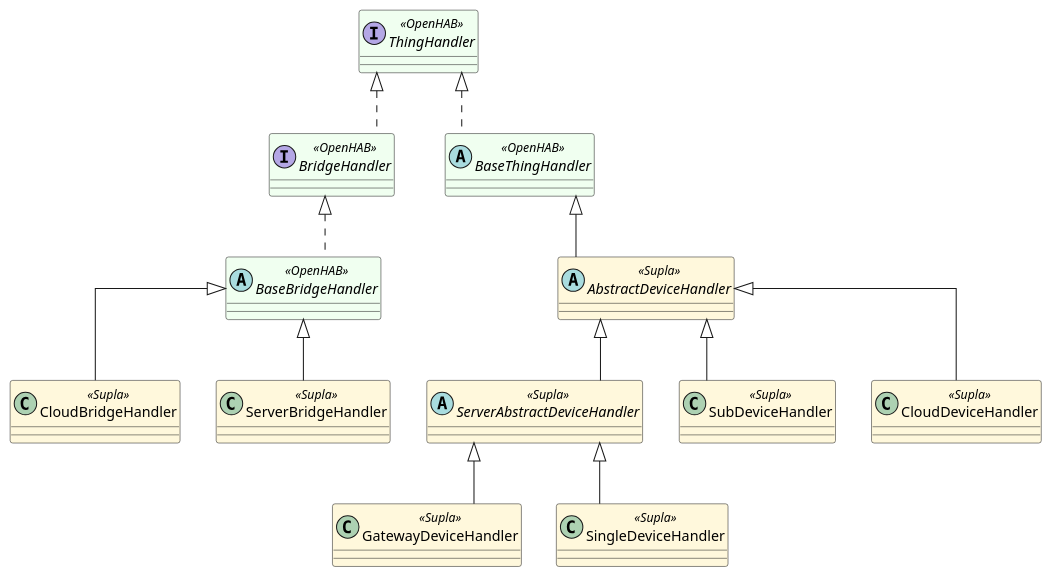
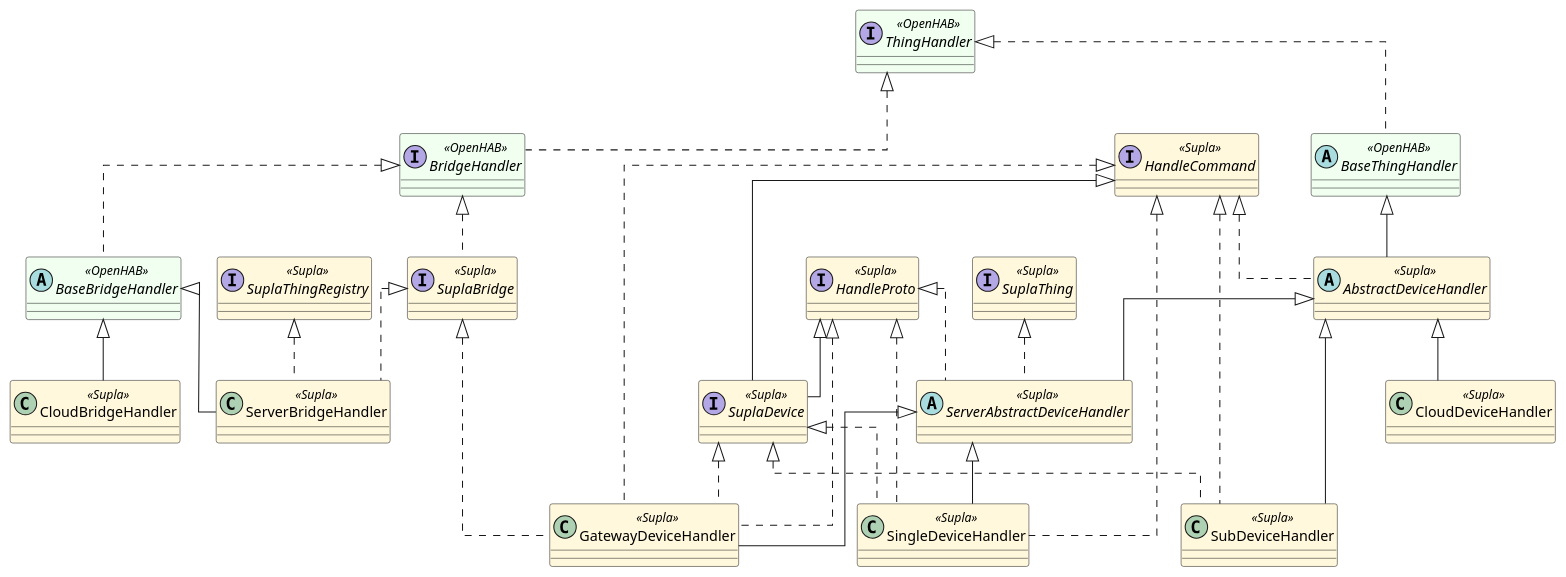
Before and after one commit to magx2/openhab-supla: the diagram in imgs/handler-inheritance.puml, drawn with PlantUML.

Commit message:
Expand handler diagram with Supla traits

```diff
--- a/imgs/handler-inheritance.puml
+++ b/imgs/handler-inheritance.puml
@@ -1,40 +1,63 @@
 @startuml
 skinparam classAttributeIconSize 0
 skinparam linetype ortho
 
 skinparam class {
   BackgroundColor<<OpenHAB>> HoneyDew
   BackgroundColor<<Supla>> Cornsilk
 }
 
 ' OpenHAB core abstractions
 interface ThingHandler <<OpenHAB>>
 interface BridgeHandler <<OpenHAB>>
 abstract class BaseThingHandler <<OpenHAB>>
 abstract class BaseBridgeHandler <<OpenHAB>>
 
 ' Device handler hierarchy
+interface HandleCommand <<Supla>>
+interface HandleProto <<Supla>>
+interface SuplaDevice <<Supla>>
+interface SuplaThing <<Supla>>
+interface SuplaThingRegistry <<Supla>>
+interface SuplaBridge <<Supla>>
 abstract class AbstractDeviceHandler <<Supla>>
 abstract class ServerAbstractDeviceHandler <<Supla>>
 class GatewayDeviceHandler <<Supla>>
 class SingleDeviceHandler <<Supla>>
 class SubDeviceHandler <<Supla>>
 class CloudDeviceHandler <<Supla>>
 
 ' Bridge handler hierarchy
 class CloudBridgeHandler <<Supla>>
 class ServerBridgeHandler <<Supla>>
 
 ThingHandler <|.. BaseThingHandler
 BaseThingHandler <|-- AbstractDeviceHandler
 AbstractDeviceHandler <|-- ServerAbstractDeviceHandler
 ServerAbstractDeviceHandler <|-- GatewayDeviceHandler
 ServerAbstractDeviceHandler <|-- SingleDeviceHandler
 AbstractDeviceHandler <|-- SubDeviceHandler
 AbstractDeviceHandler <|-- CloudDeviceHandler
+HandleCommand <|.. AbstractDeviceHandler
+HandleCommand <|.. SubDeviceHandler
+HandleCommand <|.. SingleDeviceHandler
+HandleCommand <|.. GatewayDeviceHandler
+HandleProto <|.. ServerAbstractDeviceHandler
+HandleProto <|.. SingleDeviceHandler
+HandleProto <|.. GatewayDeviceHandler
+HandleCommand <|-- SuplaDevice
+HandleProto <|-- SuplaDevice
+SuplaDevice <|.. SubDeviceHandler
+SuplaDevice <|.. SingleDeviceHandler
+SuplaDevice <|.. GatewayDeviceHandler
 
 ThingHandler <|.. BridgeHandler
 BridgeHandler <|.. BaseBridgeHandler
 BaseBridgeHandler <|-- CloudBridgeHandler
 BaseBridgeHandler <|-- ServerBridgeHandler
+BridgeHandler <|.. SuplaBridge
+SuplaBridge <|.. GatewayDeviceHandler
+SuplaBridge <|.. ServerBridgeHandler
+SuplaThing <|.. ServerAbstractDeviceHandler
+SuplaThingRegistry <|.. ServerBridgeHandler
 @enduml
```
